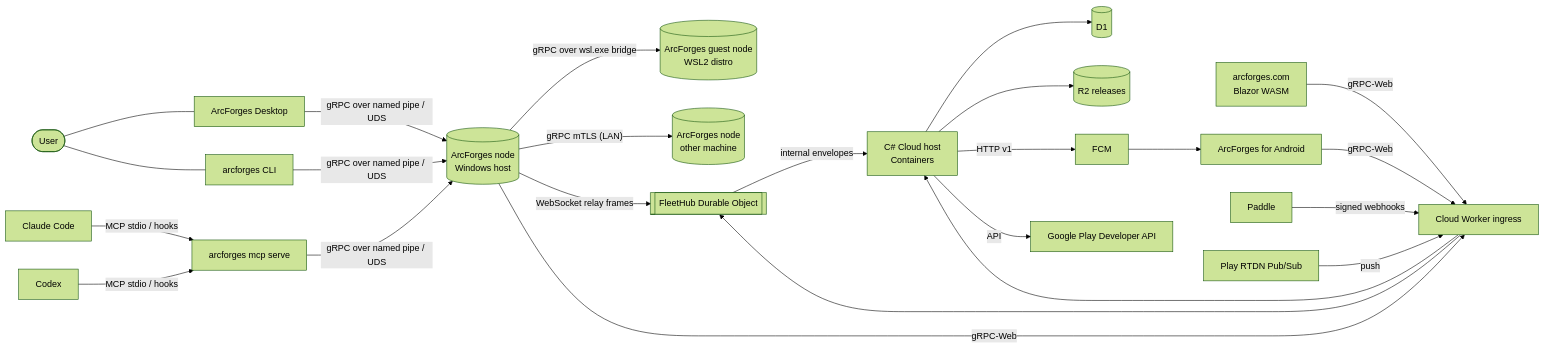
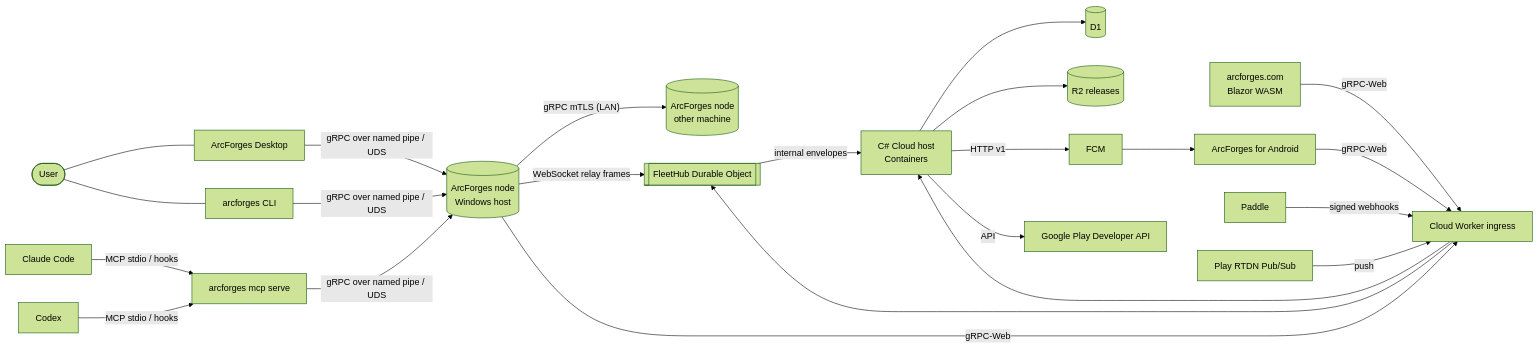
Before and after one commit to ArcForges/ArcForges-Design: the diagram in docs/architecture/01-system-overview.md, drawn with Mermaid (forest theme). The commit also changed other lines of this file and 43 other files, not shown here.

````diff
--- a/docs/architecture/01-system-overview.md
+++ b/docs/architecture/01-system-overview.md
@@ -5,26 +5,25 @@
 ```mermaid
 flowchart LR
   user([User]) --- desk[ArcForges Desktop]
   user --- cli[arcforges CLI]
   ai1[Claude Code] -- MCP stdio / hooks --> mcp[arcforges mcp serve]
   ai2[Codex] -- MCP stdio / hooks --> mcp
   desk -- gRPC over named pipe / UDS --> node[(ArcForges node\nWindows host)]
   cli -- gRPC over named pipe / UDS --> node
   mcp -- gRPC over named pipe / UDS --> node
-  node -- gRPC over wsl.exe bridge --> guest[(ArcForges guest node\nWSL2 distro)]
   node -- gRPC mTLS (LAN) --> peer[(ArcForges node\nother machine)]
   node -- WebSocket relay frames --> hub[[FleetHub Durable Object]]
   node -- gRPC-Web --> worker[Cloud Worker ingress]
   web[arcforges.com\nBlazor WASM] -- gRPC-Web --> worker
   phone[ArcForges for Android] -- gRPC-Web --> worker
   worker --> host[C# Cloud host\nContainers]
   worker --> hub
   hub -- internal envelopes --> host
   host --> d1[(D1)]
   host --> r2[(R2 releases)]
   host -- HTTP v1 --> fcm[FCM]
   host -- API --> play[Google Play Developer API]
   paddle[Paddle] -- signed webhooks --> worker
   pubsub[Play RTDN Pub/Sub] -- push --> worker
   fcm --> phone
 ```
````
